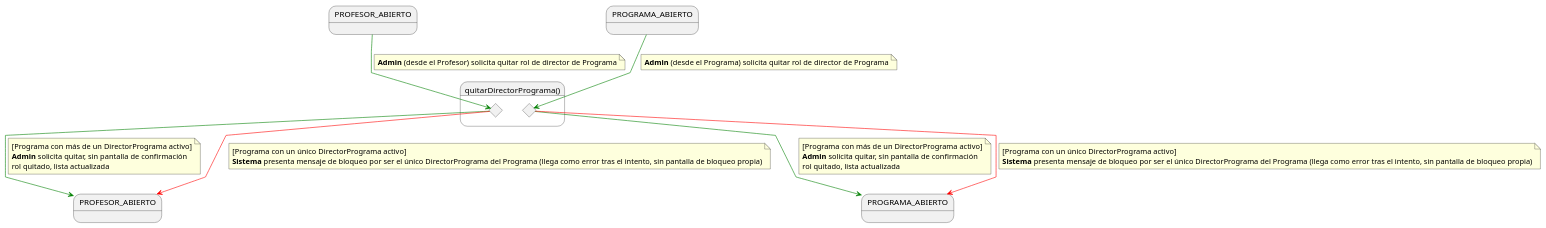
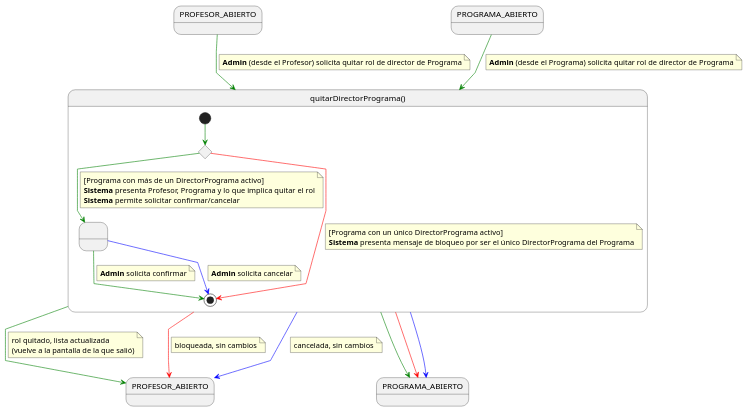
The diagram in RUP/01-requisitos/03-detalle-casos-uso/quitarDirectorPrograma/especificacion.puml (mmasias/pyCeldaPublico), drawn with PlantUML before and after one commit. The commit also changed 15 other files, not shown here.

First line of the commit message:
docs: confirmación al quitar director de programa (pyCelda #885, PR #886, v0.11.63)

```diff
--- a/RUP/01-requisitos/03-detalle-casos-uso/quitarDirectorPrograma/especificacion.puml
+++ b/RUP/01-requisitos/03-detalle-casos-uso/quitarDirectorPrograma/especificacion.puml
@@ -1,52 +1,73 @@
 @startuml quitarDirectorPrograma
 
 skinparam linetype polyline
 
 state PROFESOR_ABIERTO
 state PROGRAMA_ABIERTO
 state PROFESOR_ABIERTO_SALIDA as "PROFESOR_ABIERTO"
 state PROGRAMA_ABIERTO_SALIDA as "PROGRAMA_ABIERTO"
 
-state quitarDirectorPrograma as "quitarDirectorPrograma()" {
-
-    state cProfesor <<choice>>
-    state cPrograma <<choice>>
-}
-
-PROFESOR_ABIERTO -[#green]-> cProfesor
+PROFESOR_ABIERTO -[#green]-> quitarDirectorPrograma
 note on link
 <b>Admin</b> (desde el Profesor) solicita quitar rol de director de Programa
 end note
 
-PROGRAMA_ABIERTO -[#green]-> cPrograma
+PROGRAMA_ABIERTO -[#green]-> quitarDirectorPrograma
 note on link
 <b>Admin</b> (desde el Programa) solicita quitar rol de director de Programa
 end note
 
-cProfesor -[#green]-> PROFESOR_ABIERTO_SALIDA
+state quitarDirectorPrograma as "quitarDirectorPrograma()" {
+
+    state " " as ConfirmandoQuitar
+    state c <<choice>>
+
+    [*] -[#green]-> c
+
+    c -[#green]-> ConfirmandoQuitar
+    note on link
+    [Programa con más de un DirectorPrograma activo]
+    <b>Sistema</b> presenta Profesor, Programa y lo que implica quitar el rol
+    <b>Sistema</b> permite solicitar confirmar/cancelar
+    end note
+
+    c -[#red]-> [*]
+    note on link
+    [Programa con un único DirectorPrograma activo]
+    <b>Sistema</b> presenta mensaje de bloqueo por ser el único DirectorPrograma del Programa
+    end note
+
+    ConfirmandoQuitar -[#green]-> [*]
+    note on link
+    <b>Admin</b> solicita confirmar
+    end note
+
+    ConfirmandoQuitar -[#blue]-> [*]
+    note on link
+    <b>Admin</b> solicita cancelar
+    end note
+}
+
+quitarDirectorPrograma -[#green]-> PROFESOR_ABIERTO_SALIDA
 note on link
-[Programa con más de un DirectorPrograma activo]
-<b>Admin</b> solicita quitar, sin pantalla de confirmación
 rol quitado, lista actualizada
+(vuelve a la pantalla de la que salió)
 end note
 
-cProfesor -[#red]-> PROFESOR_ABIERTO_SALIDA
+quitarDirectorPrograma -[#green]-> PROGRAMA_ABIERTO_SALIDA
+
+quitarDirectorPrograma -[#red]-> PROFESOR_ABIERTO_SALIDA
 note on link
-[Programa con un único DirectorPrograma activo]
-<b>Sistema</b> presenta mensaje de bloqueo por ser el único DirectorPrograma del Programa (llega como error tras el intento, sin pantalla de bloqueo propia)
+bloqueada, sin cambios
 end note
 
-cPrograma -[#green]-> PROGRAMA_ABIERTO_SALIDA
+quitarDirectorPrograma -[#red]-> PROGRAMA_ABIERTO_SALIDA
+
+quitarDirectorPrograma -[#blue]-> PROFESOR_ABIERTO_SALIDA
 note on link
-[Programa con más de un DirectorPrograma activo]
-<b>Admin</b> solicita quitar, sin pantalla de confirmación
-rol quitado, lista actualizada
+cancelada, sin cambios
 end note
 
-cPrograma -[#red]-> PROGRAMA_ABIERTO_SALIDA
-note on link
-[Programa con un único DirectorPrograma activo]
-<b>Sistema</b> presenta mensaje de bloqueo por ser el único DirectorPrograma del Programa (llega como error tras el intento, sin pantalla de bloqueo propia)
-end note
+quitarDirectorPrograma -[#blue]-> PROGRAMA_ABIERTO_SALIDA
 
 @enduml
```
